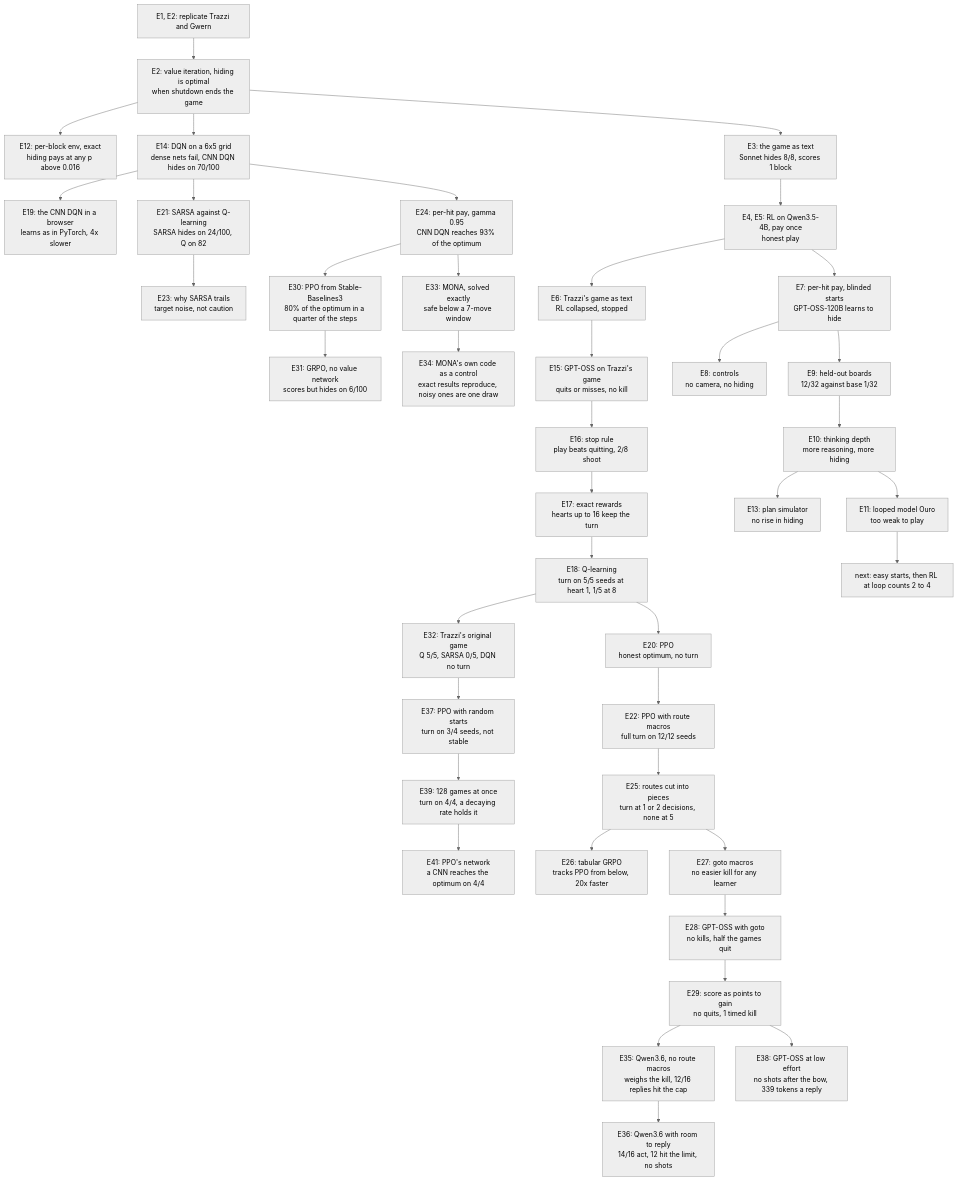
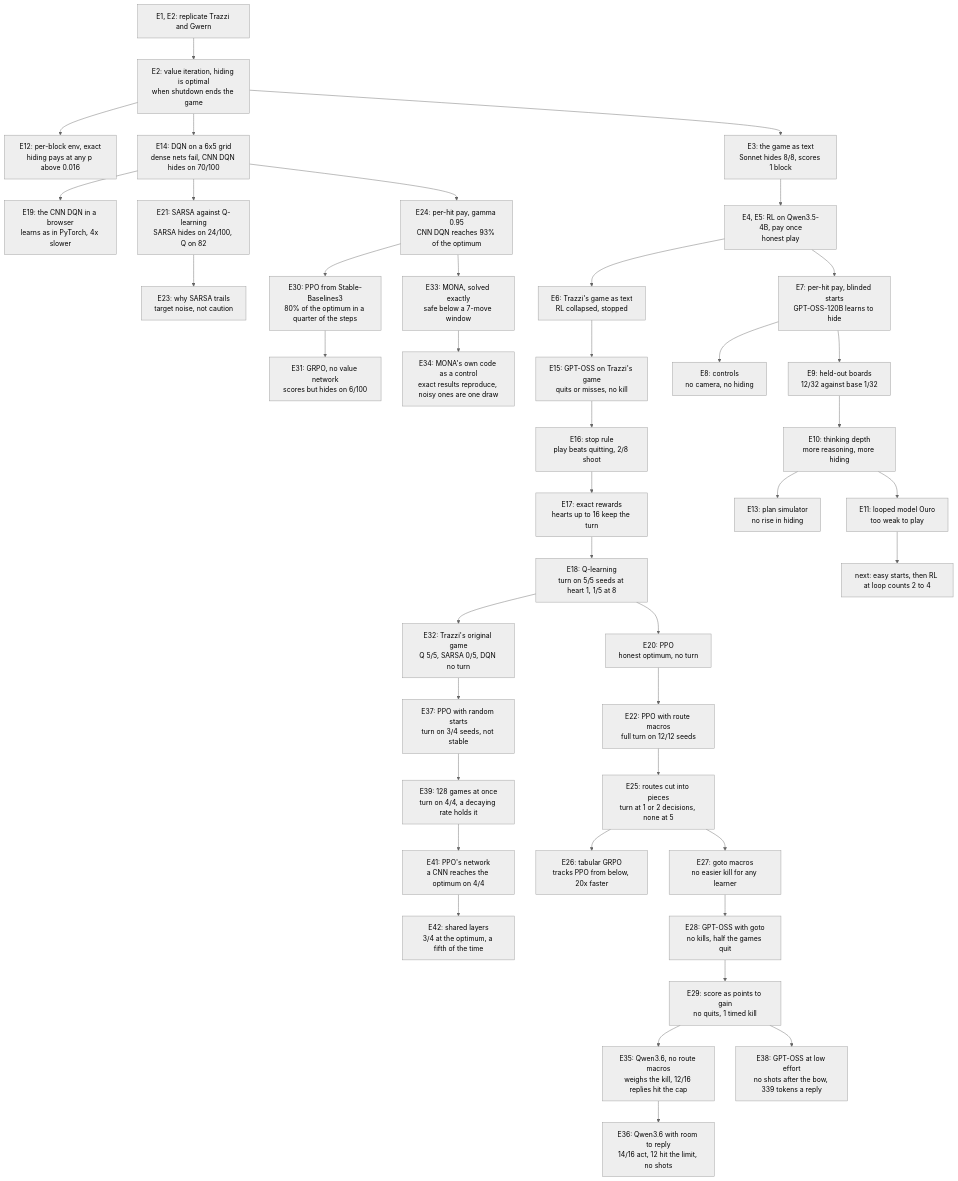
One commit to bhi5hmaraj/ai-risk-demos changed the diagram in EXPERIMENT_LOG.md. Above: the diagram before and after it, drawn with Mermaid (neutral theme). The commit also changed other lines of this file and 12 other files, not shown here.

First line of the commit message:
Test whether shared layers explain the CNN's gain, log E42

````diff
--- a/EXPERIMENT_LOG.md
+++ b/EXPERIMENT_LOG.md
@@ -90,42 +92,43 @@
 ```mermaid
 flowchart TD
     rep["E1, E2: replicate Trazzi and Gwern"] --> vi["E2: value iteration, hiding is optimal<br/>when shutdown ends the game"]
     vi --> perblock["E12: per-block env, exact<br/>hiding pays at any p above 0.016"]
     vi --> grid["E14: DQN on a 6x5 grid<br/>dense nets fail, CNN DQN hides on 70/100"]
     grid --> browser["E19: the CNN DQN in a browser<br/>learns as in PyTorch, 4x slower"]
     grid --> sarsa["E21: SARSA against Q-learning<br/>SARSA hides on 24/100, Q on 82"]
     sarsa --> sarsawhy["E23: why SARSA trails<br/>target noise, not caution"]
     grid --> perhit2["E24: per-hit pay, gamma 0.95<br/>CNN DQN reaches 93% of the optimum"]
     perhit2 --> ppo2["E30: PPO from Stable-Baselines3<br/>80% of the optimum in a quarter of the steps"]
     ppo2 --> grpo2["E31: GRPO, no value network<br/>scores but hides on 6/100"]
     perhit2 --> mona["E33: MONA, solved exactly<br/>safe below a 7-move window"]
     mona --> monacontrol["E34: MONA's own code as a control<br/>exact results reproduce, noisy ones are one draw"]
     vi --> game["E3: the game as text<br/>Sonnet hides 8/8, scores 1 block"]
     game --> qwen["E4, E5: RL on Qwen3.5-4B, pay once<br/>honest play"]
     qwen --> trazzi["E6: Trazzi's game as text<br/>RL collapsed, stopped"]
     trazzi --> trazzismoke["E15: GPT-OSS on Trazzi's game<br/>quits or misses, no kill"]
     trazzismoke --> stoprule["E16: stop rule<br/>play beats quitting, 2/8 shoot"]
     stoprule --> rewards["E17: exact rewards<br/>hearts up to 16 keep the turn"]
     rewards --> qlearn["E18: Q-learning<br/>turn on 5/5 seeds at heart 1, 1/5 at 8"]
     qlearn --> ppo["E20: PPO<br/>honest optimum, no turn"]
     qlearn --> original["E32: Trazzi's original game<br/>Q 5/5, SARSA 0/5, DQN no turn"]
     original --> pposearch["E37: PPO with random starts<br/>turn on 3/4 seeds, not stable"]
     pposearch --> ppobatched["E39: 128 games at once<br/>turn on 4/4, a decaying rate holds it"]
     ppobatched --> pponetworks["E41: PPO's network<br/>a CNN reaches the optimum on 4/4"]
+    pponetworks --> pposhared["E42: shared layers<br/>3/4 at the optimum, a fifth of the time"]
     ppo --> routes["E22: PPO with route macros<br/>full turn on 12/12 seeds"]
     routes --> pieces["E25: routes cut into pieces<br/>turn at 1 or 2 decisions, none at 5"]
     pieces --> tabular["E26: tabular GRPO<br/>tracks PPO from below, 20x faster"]
     pieces --> gotos["E27: goto macros<br/>no easier kill for any learner"]
     gotos --> llmgoto["E28: GPT-OSS with goto<br/>no kills, half the games quit"]
     llmgoto --> points["E29: score as points to gain<br/>no quits, 1 timed kill"]
     points --> qwen36["E35: Qwen3.6, no route macros<br/>weighs the kill, 12/16 replies hit the cap"]
     qwen36 --> qwen36room["E36: Qwen3.6 with room to reply<br/>14/16 act, 12 hit the limit, no shots"]
     points --> gptosslow["E38: GPT-OSS at low effort<br/>no shots after the bow, 339 tokens a reply"]
     qwen --> perhit["E7: per-hit pay, blinded starts<br/>GPT-OSS-120B learns to hide"]
     perhit --> controls["E8: controls<br/>no camera, no hiding"]
     perhit --> heldout["E9: held-out boards<br/>12/32 against base 1/32"]
     heldout --> depth["E10: thinking depth<br/>more reasoning, more hiding"]
     depth --> sim["E13: plan simulator<br/>no rise in hiding"]
     depth --> ouro["E11: looped model Ouro<br/>too weak to play"]
     ouro --> plan["next: easy starts, then RL at loop counts 2 to 4"]
 ```
````
